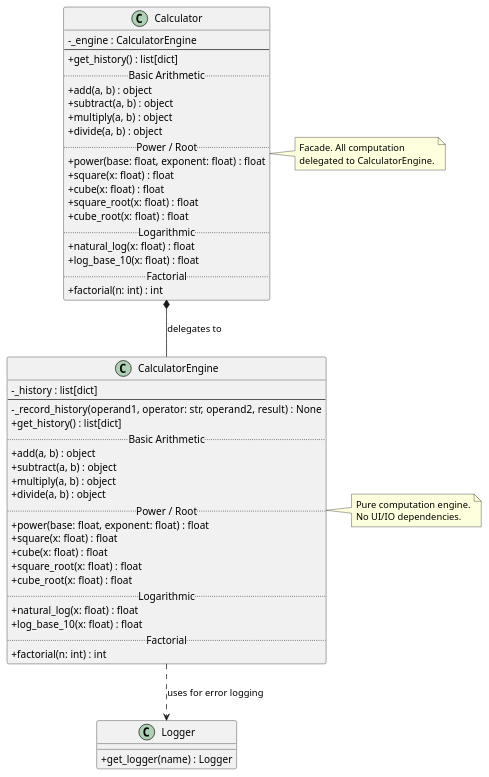
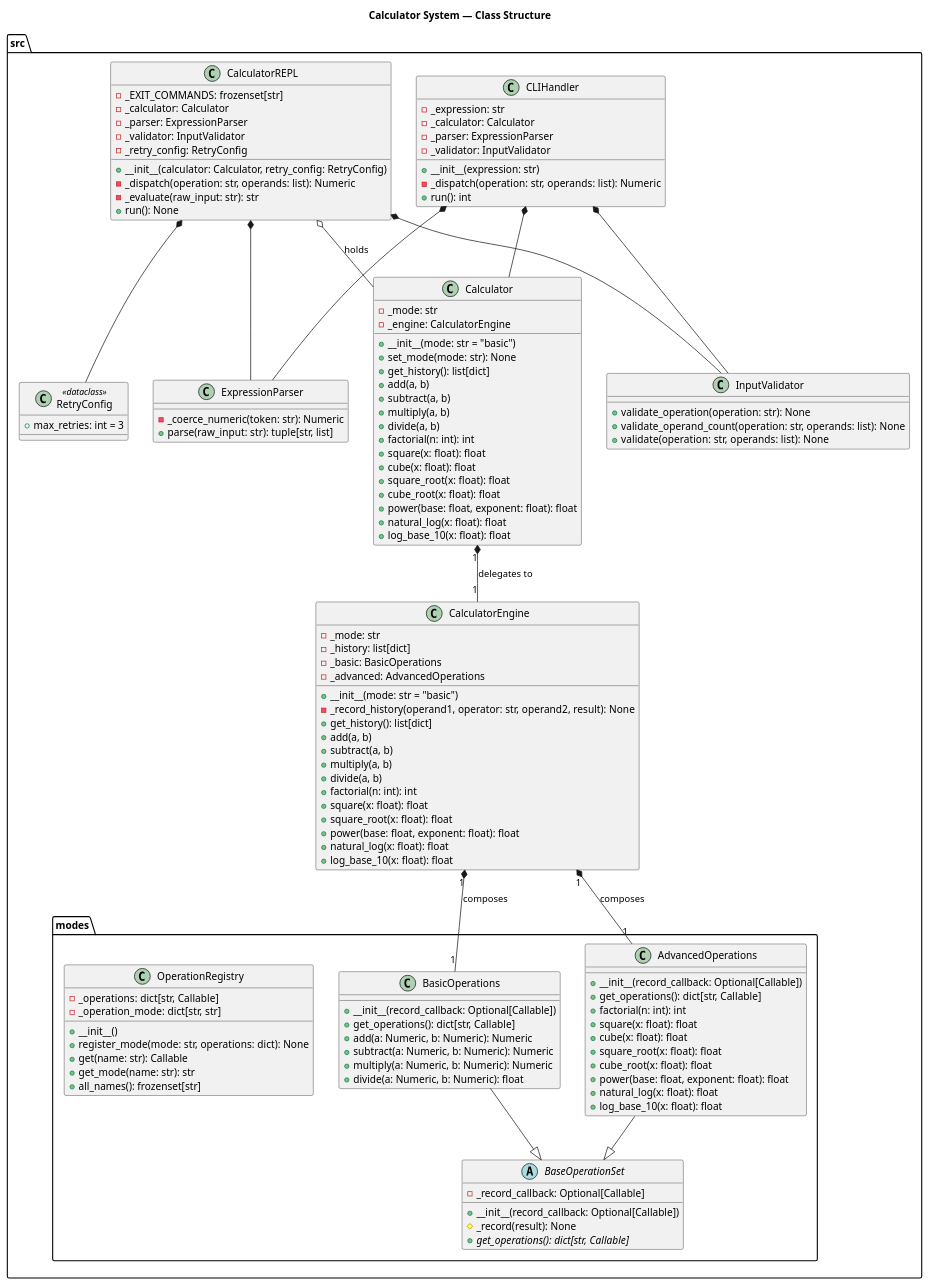
Before and after one commit to DanielRiha8906/Calculator_bachelor_autoevolution_team: the diagram in artifacts/class_calculator_facade.puml, drawn with PlantUML. The commit also changed 3 other files, not shown here.

Commit message:
docs: update PlantUML diagrams for module refactor (issue-266)

```diff
--- a/artifacts/class_calculator_facade.puml
+++ b/artifacts/class_calculator_facade.puml
@@ -1,67 +1,138 @@
 @startuml class_calculator_facade
+title Calculator System — Class Structure
 
-skinparam classAttributeIconSize 0
+package "src" {
+  class Calculator {
+    - _mode: str
+    - _engine: CalculatorEngine
+    + __init__(mode: str = "basic")
+    + set_mode(mode: str): None
+    + get_history(): list[dict]
+    + add(a, b)
+    + subtract(a, b)
+    + multiply(a, b)
+    + divide(a, b)
+    + factorial(n: int): int
+    + square(x: float): float
+    + cube(x: float): float
+    + square_root(x: float): float
+    + cube_root(x: float): float
+    + power(base: float, exponent: float): float
+    + natural_log(x: float): float
+    + log_base_10(x: float): float
+  }
 
-class CalculatorEngine {
-    - _history : list[dict]
-    --
-    - _record_history(operand1, operator: str, operand2, result) : None
-    + get_history() : list[dict]
-    .. Basic Arithmetic ..
-    + add(a, b) : object
-    + subtract(a, b) : object
-    + multiply(a, b) : object
-    + divide(a, b) : object
-    .. Power / Root ..
-    + power(base: float, exponent: float) : float
-    + square(x: float) : float
-    + cube(x: float) : float
-    + square_root(x: float) : float
-    + cube_root(x: float) : float
-    .. Logarithmic ..
-    + natural_log(x: float) : float
-    + log_base_10(x: float) : float
-    .. Factorial ..
-    + factorial(n: int) : int
+  class CalculatorEngine {
+    - _mode: str
+    - _history: list[dict]
+    - _basic: BasicOperations
+    - _advanced: AdvancedOperations
+    + __init__(mode: str = "basic")
+    - _record_history(operand1, operator: str, operand2, result): None
+    + get_history(): list[dict]
+    + add(a, b)
+    + subtract(a, b)
+    + multiply(a, b)
+    + divide(a, b)
+    + factorial(n: int): int
+    + square(x: float): float
+    + square_root(x: float): float
+    + power(base: float, exponent: float): float
+    + natural_log(x: float): float
+    + log_base_10(x: float): float
+  }
+
+  class CalculatorREPL {
+    - _EXIT_COMMANDS: frozenset[str]
+    - _calculator: Calculator
+    - _parser: ExpressionParser
+    - _validator: InputValidator
+    - _retry_config: RetryConfig
+    + __init__(calculator: Calculator, retry_config: RetryConfig)
+    - _dispatch(operation: str, operands: list): Numeric
+    - _evaluate(raw_input: str): str
+    + run(): None
+  }
+
+  class CLIHandler {
+    - _expression: str
+    - _calculator: Calculator
+    - _parser: ExpressionParser
+    - _validator: InputValidator
+    + __init__(expression: str)
+    - _dispatch(operation: str, operands: list): Numeric
+    + run(): int
+  }
+
+  class InputValidator {
+    + validate_operation(operation: str): None
+    + validate_operand_count(operation: str, operands: list): None
+    + validate(operation: str, operands: list): None
+  }
+
+  class ExpressionParser {
+    - _coerce_numeric(token: str): Numeric
+    + parse(raw_input: str): tuple[str, list]
+  }
+
+  class RetryConfig <<dataclass>> {
+    + max_retries: int = 3
+  }
 }
 
-note right of CalculatorEngine
-  Pure computation engine.
-  No UI/IO dependencies.
-end note
+package "src.modes" {
+  abstract class BaseOperationSet {
+    - _record_callback: Optional[Callable]
+    + __init__(record_callback: Optional[Callable])
+    # _record(result): None
+    + {abstract} get_operations(): dict[str, Callable]
+  }
 
-class Calculator {
-    - _engine : CalculatorEngine
-    --
-    + get_history() : list[dict]
-    .. Basic Arithmetic ..
-    + add(a, b) : object
-    + subtract(a, b) : object
-    + multiply(a, b) : object
-    + divide(a, b) : object
-    .. Power / Root ..
-    + power(base: float, exponent: float) : float
-    + square(x: float) : float
-    + cube(x: float) : float
-    + square_root(x: float) : float
-    + cube_root(x: float) : float
-    .. Logarithmic ..
-    + natural_log(x: float) : float
-    + log_base_10(x: float) : float
-    .. Factorial ..
-    + factorial(n: int) : int
+  class BasicOperations {
+    + __init__(record_callback: Optional[Callable])
+    + get_operations(): dict[str, Callable]
+    + add(a: Numeric, b: Numeric): Numeric
+    + subtract(a: Numeric, b: Numeric): Numeric
+    + multiply(a: Numeric, b: Numeric): Numeric
+    + divide(a: Numeric, b: Numeric): float
+  }
+
+  class AdvancedOperations {
+    + __init__(record_callback: Optional[Callable])
+    + get_operations(): dict[str, Callable]
+    + factorial(n: int): int
+    + square(x: float): float
+    + cube(x: float): float
+    + square_root(x: float): float
+    + cube_root(x: float): float
+    + power(base: float, exponent: float): float
+    + natural_log(x: float): float
+    + log_base_10(x: float): float
+  }
+
+  class OperationRegistry {
+    - _operations: dict[str, Callable]
+    - _operation_mode: dict[str, str]
+    + __init__()
+    + register_mode(mode: str, operations: dict): None
+    + get(name: str): Callable
+    + get_mode(name: str): str
+    + all_names(): frozenset[str]
+  }
 }
 
-note right of Calculator
-  Facade. All computation
-  delegated to CalculatorEngine.
-end note
-
-class Logger {
-    + get_logger(name) : Logger
-}
-
-Calculator *-- CalculatorEngine : delegates to
-CalculatorEngine ..> Logger : uses for error logging
+' Relationships
+Calculator "1" *-- "1" CalculatorEngine : delegates to
+CalculatorEngine "1" *-- "1" BasicOperations : composes
+CalculatorEngine "1" *-- "1" AdvancedOperations : composes
+BasicOperations --|> BaseOperationSet
+AdvancedOperations --|> BaseOperationSet
+CalculatorREPL o-- Calculator : holds
+CalculatorREPL *-- ExpressionParser
+CalculatorREPL *-- InputValidator
+CalculatorREPL *-- RetryConfig
+CLIHandler *-- Calculator
+CLIHandler *-- ExpressionParser
+CLIHandler *-- InputValidator
 
 @enduml
```
